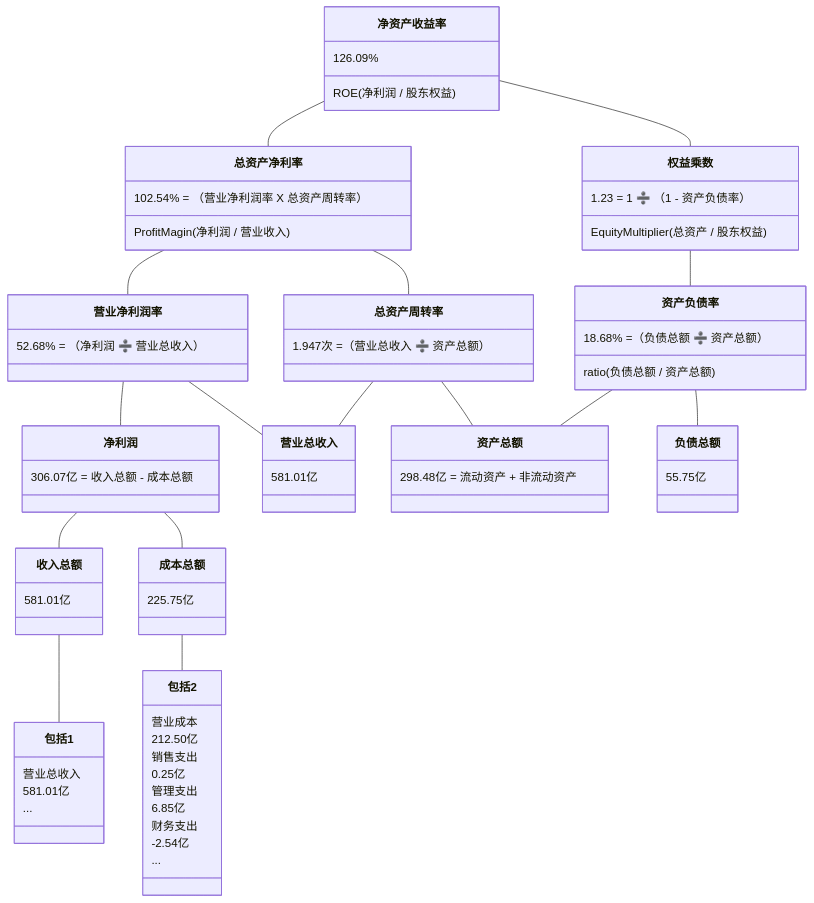
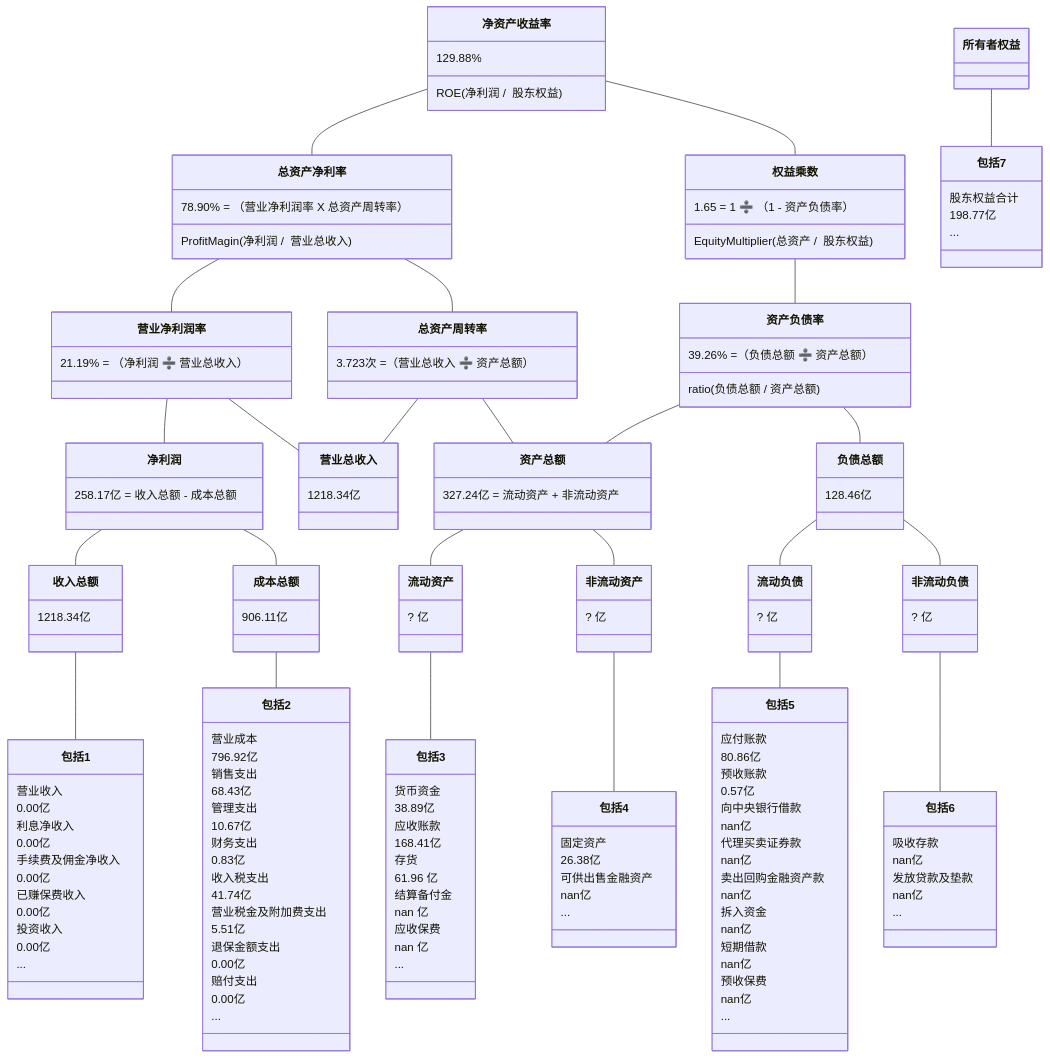
The ninth of 10 diagrams in 2/2.md (TheVeryDarkness/cs410), drawn with Mermaid before and after one commit. The commit also changed other lines of this file and 101 other files, not shown here.

````diff
--- a/2/2.md
+++ b/2/2.md
@@ -444,51 +996,121 @@
 ```mermaid
 classDiagram
 净资产收益率 -- 总资产净利率
-	净资产收益率 : 126.09%
-	净资产收益率 : ROE(净利润 /  股东权益)
-	总资产净利率 : 102.54% = （营业净利润率 X 总资产周转率）
-	总资产净利率 : ProfitMagin(净利润 /  营业收入)
+    净资产收益率 : 129.88%
+    净资产收益率 : ROE(净利润 /  股东权益)
+    总资产净利率 : 78.90% = （营业净利润率 X 总资产周转率）
+    总资产净利率 : ProfitMagin(净利润 /  营业总收入)
 净资产收益率 -- 权益乘数
-	权益乘数 : 1.23 = 1 ➗ （1 - 资产负债率）
-	权益乘数 : EquityMultiplier(总资产 /  股东权益)
-	
+    权益乘数 : 1.65 = 1 ➗ （1 - 资产负债率）
+    权益乘数 : EquityMultiplier(总资产 /  股东权益)
+    
 总资产净利率 -- 营业净利润率
-	营业净利润率 : 52.68% = （净利润 ➗ 营业总收入）
+    营业净利润率 : 21.19% = （净利润 ➗ 营业总收入）
 总资产净利率 -- 总资产周转率
-	总资产周转率 : 1.947次 =（营业总收入 ➗ 资产总额）
+    总资产周转率 : 3.723次 =（营业总收入 ➗ 资产总额）
 权益乘数 -- 资产负债率
-	资产负债率  : 18.68% =（负债总额 ➗ 资产总额）
-	资产负债率  : ratio(负债总额 / 资产总额)
+    资产负债率  : 39.26% =（负债总额 ➗ 资产总额）
+    资产负债率  : ratio(负债总额 / 资产总额)
 
 营业净利润率 -- 净利润
-	净利润 : 306.07亿 = 收入总额 - 成本总额
+    净利润 : 258.17亿 = 收入总额 - 成本总额
 营业净利润率 -- 营业总收入
-	营业总收入 : 581.01亿
+    营业总收入 : 1218.34亿
 总资产周转率 -- 营业总收入
 总资产周转率 -- 资产总额
-	资产总额 : 298.48亿 = 流动资产 + 非流动资产
+    资产总额 : 327.24亿 = 流动资产 + 非流动资产
 资产负债率 -- 　负债总额
-	负债总额 : 55.75亿
+    负债总额 : 128.46亿
 资产负债率 -- 　资产总额
 
 
 净利润 -- 收入总额
-	收入总额 : 581.01亿
+    收入总额 : 1218.34亿
 净利润 -- 成本总额
-	成本总额 : 225.75亿
+    成本总额 : 906.11亿
+资产总额 -- 流动资产
+	流动资产 : ? 亿
+资产总额 -- 非流动资产
+	非流动资产 : ? 亿
+负债总额 -- 流动负债
+	流动负债 : ? 亿
+负债总额 -- 非流动负债
+	非流动负债 : ? 亿
 
 收入总额 -- 包括1
-	包括1 : 营业总收入
-	包括1 : 581.01亿
-	包括1 : ...
+    包括1 : 营业收入
+    包括1 : 0.00亿
+    包括1 : 利息净收入
+    包括1 : 0.00亿
+    包括1 : 手续费及佣金净收入
+    包括1 : 0.00亿
+    包括1 : 已赚保费收入
+    包括1 : 0.00亿
+    包括1 : 投资收入
+    包括1 : 0.00亿
+    包括1 : ...
 成本总额 -- 包括2
-	包括2 : 营业成本
-	包括2 : 212.50亿
-	包括2 : 销售支出
-	包括2 : 0.25亿
-	包括2 : 管理支出
-	包括2 : 6.85亿
-	包括2 : 财务支出
-	包括2 : -2.54亿
-	包括2 : ...
+    包括2 : 营业成本
+    包括2 : 796.92亿
+    包括2 : 销售支出
+    包括2 : 68.43亿
+    包括2 : 管理支出
+    包括2 : 10.67亿
+    包括2 : 财务支出
+    包括2 : 0.83亿
+    包括2 : 收入税支出
+    包括2 : 41.74亿
+    包括2 : 营业税金及附加费支出
+    包括2 : 5.51亿
+    包括2 : 退保金额支出
+    包括2 : 0.00亿
+    包括2 : 赔付支出
+    包括2 : 0.00亿
+    包括2 : ...
+流动资产 -- 包括3
+    包括3 : 货币资金
+    包括3 : 38.89亿
+    包括3 : 应收账款
+    包括3 : 168.41亿
+    包括3 : 存货
+    包括3 : 61.96 亿
+    包括3 : 结算备付金
+    包括3 : nan 亿
+    包括3 : 应收保费
+    包括3 : nan 亿
+    包括3 : ...
+非流动资产 -- 包括4
+    包括4 : 固定资产
+    包括4 : 26.38亿
+    包括4 : 可供出售金融资产
+    包括4 : nan亿
+    包括4 : ...
+流动负债 -- 包括5
+    包括5 : 应付账款
+    包括5 : 80.86亿
+    包括5 : 预收账款
+    包括5 : 0.57亿
+    包括5 : 向中央银行借款
+    包括5 : nan亿
+    包括5 : 代理买卖证券款
+    包括5 : nan亿
+    包括5 : 卖出回购金融资产款
+    包括5 : nan亿
+    包括5 : 拆入资金
+    包括5 : nan亿
+    包括5 : 短期借款
+    包括5 : nan亿
+    包括5 : 预收保费
+    包括5 : nan亿
+    包括5 : ...
+非流动负债 -- 包括6
+    包括6 : 吸收存款
+    包括6 : nan亿
+    包括6 : 发放贷款及垫款
+    包括6 : nan亿
+    包括6 : ...
+所有者权益 -- 包括7
+    包括7 : 股东权益合计
+    包括7 : 198.77亿
+    包括7 : ...
 ```
````
